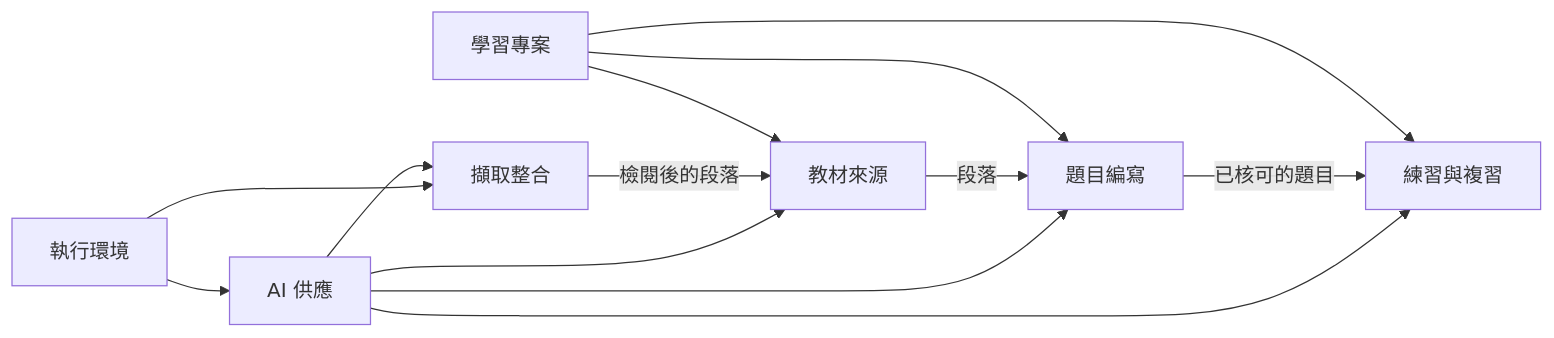
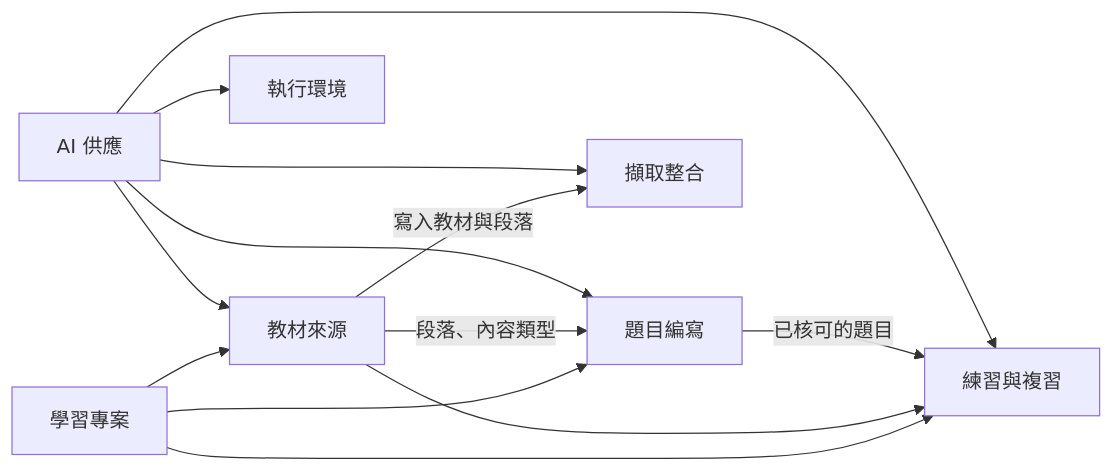
Before and after one commit to WodenWang820118/cert-prep: the diagram in docs/domain/README.md, drawn with Mermaid. The commit also changed other lines of this file and 2 other files, not shown here.

Commit message:
docs(ddd): draw the context map in the code's dependency direction
An import scan of origin/main shows Capture Integration writing through
Source Library and Runtime Provisioning using the AI provider port, so
both are downstream; content profiles (exam_content) belong to Source
Library.

````diff
--- a/docs/domain/README.md
+++ b/docs/domain/README.md
@@ -10,15 +10,15 @@
 ```mermaid
 flowchart LR
   PROJ["學習專案"] --> SRC["教材來源"]
   PROJ --> AUTH["題目編寫"]
   PROJ --> PRAC["練習與複習"]
-  CAP["擷取整合"] -- 檢閱後的段落 --> SRC
-  SRC -- 段落 --> AUTH
+  SRC -- 段落、內容類型 --> AUTH
+  SRC -- 寫入教材與段落 --> CAP["擷取整合"]
+  SRC --> PRAC
   AUTH -- 已核可的題目 --> PRAC
   AI["AI 供應"] --> AUTH
   AI --> PRAC
   AI --> CAP
   AI --> SRC
-  RUN["執行環境"] --> AI
-  RUN --> CAP
+  AI --> RUN["執行環境"]
 ```
````
